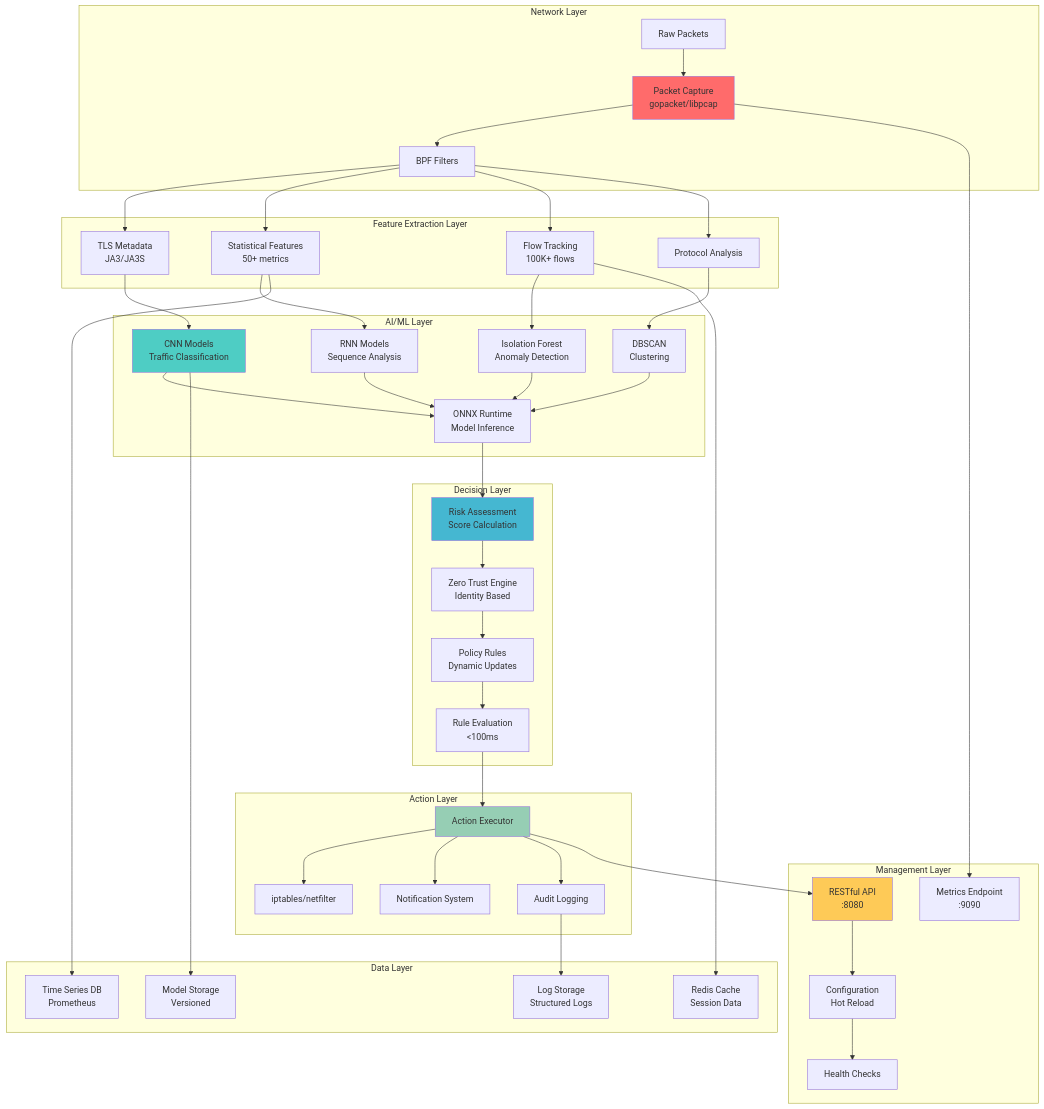
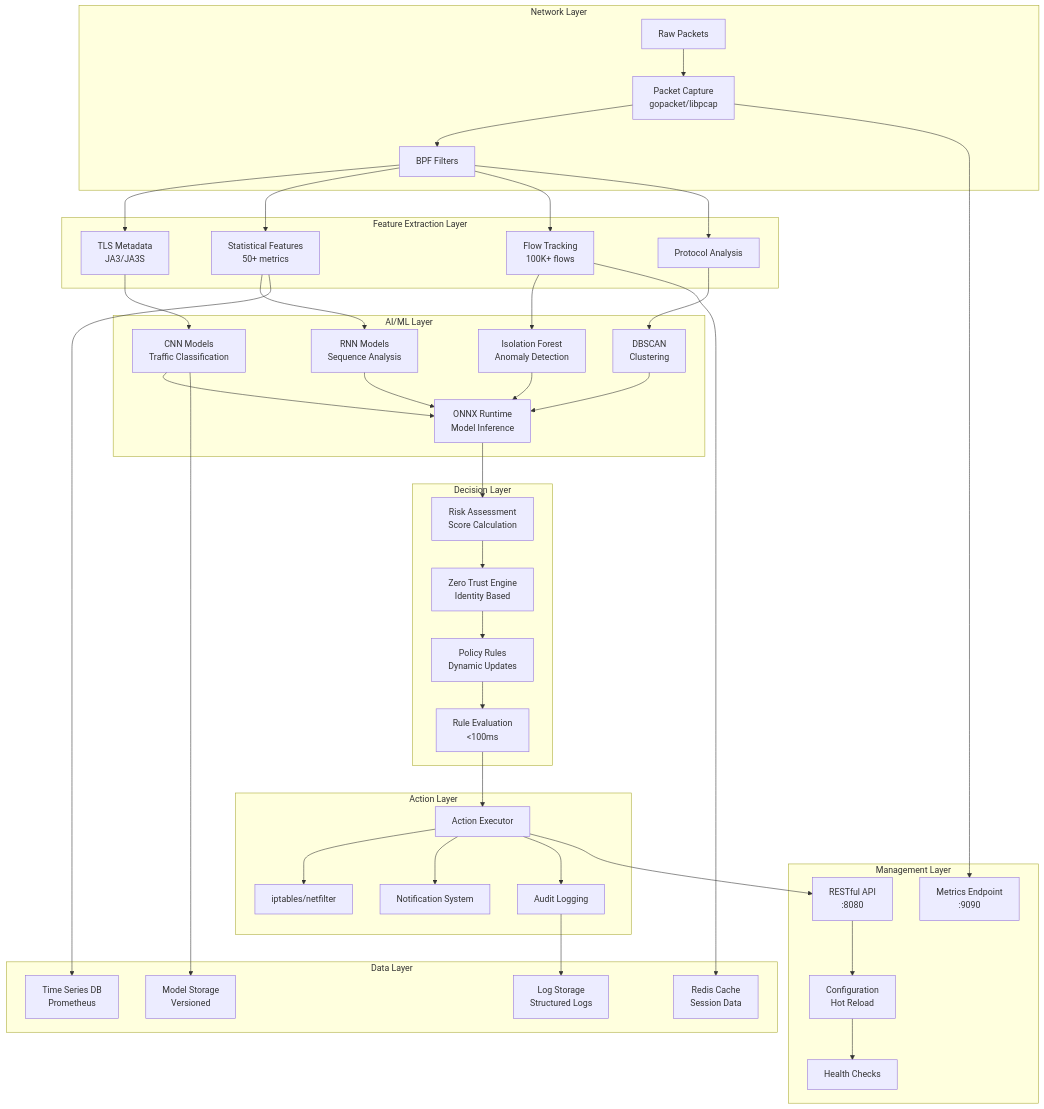
The third of 9 diagrams in docs/diagrams.md (sameer693/sentinelai), drawn with Mermaid before and after one commit. The commit also changed other lines of this file, not shown here.

````diff
--- a/docs/diagrams.md
+++ b/docs/diagrams.md
@@ -269,10 +256,4 @@
     PKT --> METRICS_EP
     API --> CONFIG
     CONFIG --> HEALTH
-    
-    style PKT fill:#ff6b6b
-    style CNN fill:#4ecdc4
-    style RISK fill:#45b7d1
-    style EXEC fill:#96ceb4
-    style API fill:#feca57
 ```
````
